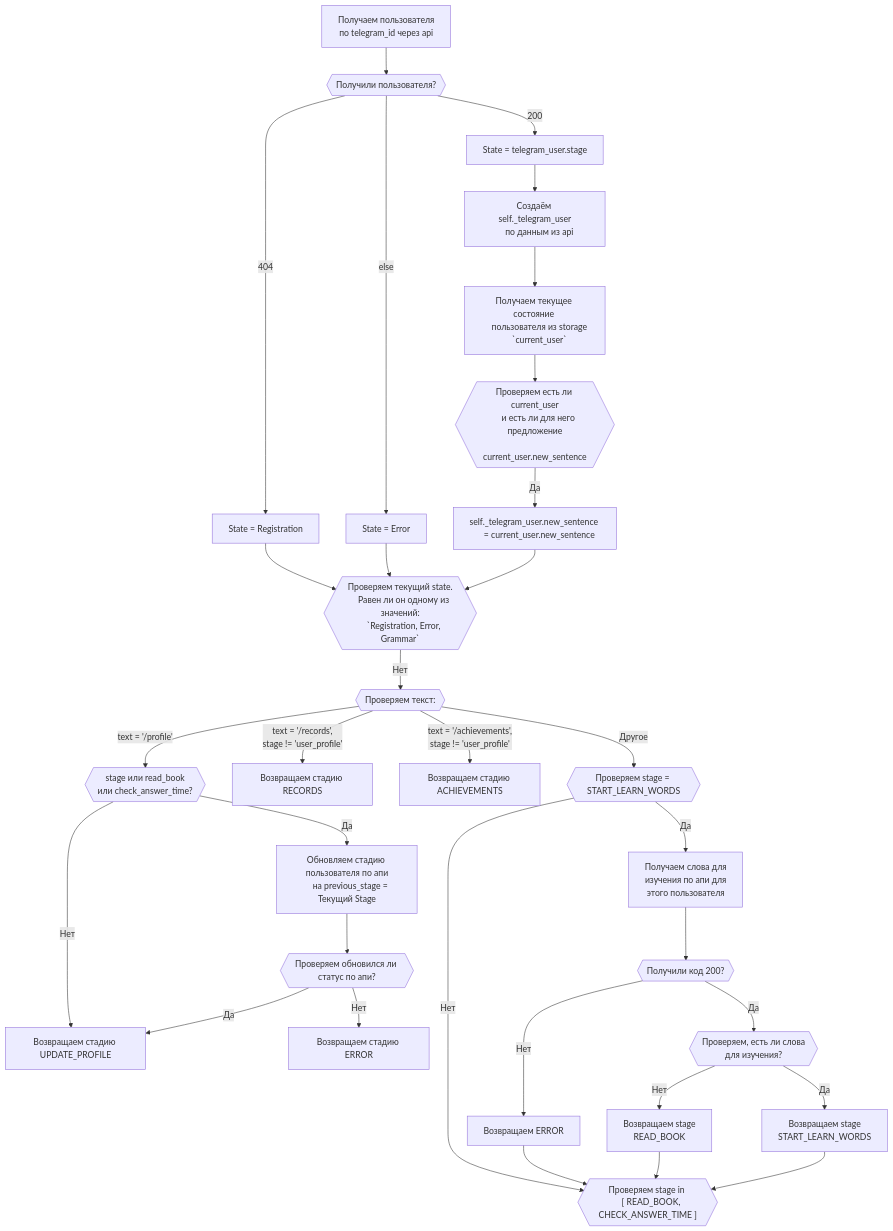
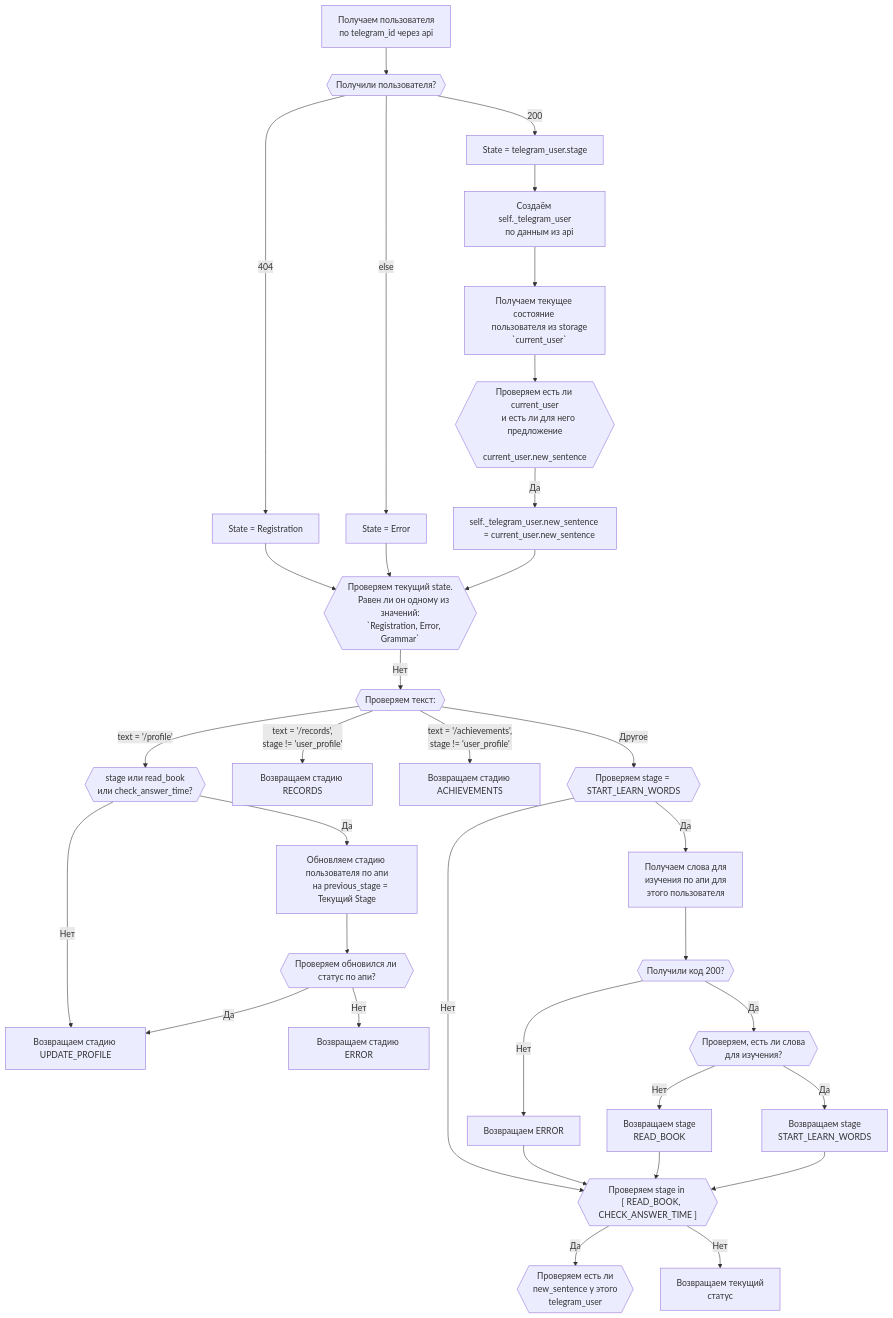
Before and after one commit to psgaiduk/learning_en_telegram_bot: the diagram in documentation/middlewears_set_state.md, drawn with Mermaid.

Commit message:
docs(documentation): add step after check_is_read_book in middlewears_set_state

````diff
--- a/documentation/middlewears_set_state.md
+++ b/documentation/middlewears_set_state.md
@@ -86,4 +86,14 @@
     return_error_after_get_learn_words --> check_is_read_book
     return_read_book_after_get_learn_words --> check_is_read_book
     return_start_learn_words_after_learn_words --> check_is_read_book
+    check_is_read_book --> |Да| check_new_sentence{{
+    Проверяем есть ли
+    new_sentence у этого
+    telegram_user
+    }}
+    check_is_read_book --> |Нет| return_current_stage[
+    Возвращаем текущий
+    статус
+    ]
+    
 ```
````
